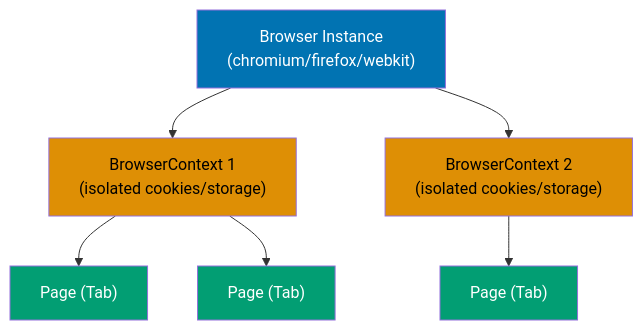
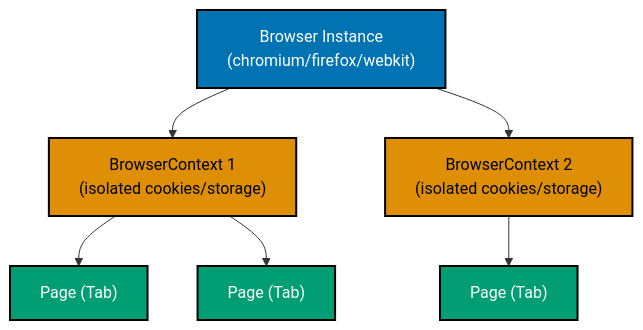
One commit to wahidyankf/open-sharia-enterprise changed the second of 15 diagrams in apps/ayokoding-web/content/en/learn/software-engineering/automation-testing/tools/playwright/by-example/beginner.md. Above: the diagram before and after it, drawn with Mermaid. The commit also changed other lines of this file and 25 other files, not shown here.

````diff
--- a/apps/ayokoding-web/content/en/learn/software-engineering/automation-testing/tools/playwright/by-example/beginner.md
+++ b/apps/ayokoding-web/content/en/learn/software-engineering/automation-testing/tools/playwright/by-example/beginner.md
@@ -75,16 +75,16 @@
 ```mermaid
 %% Color Palette: Blue #0173B2, Orange #DE8F05, Teal #029E73, Purple #CC78BC, Brown #CA9161
 graph TD
     Browser["Browser Instance<br/>(chromium/firefox/webkit)"] --> Context1["BrowserContext 1<br/>(isolated cookies/storage)"]
     Browser --> Context2["BrowserContext 2<br/>(isolated cookies/storage)"]
     Context1 --> Page1["Page (Tab)"]
     Context1 --> Page2["Page (Tab)"]
     Context2 --> Page3["Page (Tab)"]
 
-    style Browser fill:#0173B2,color:#fff
-    style Context1 fill:#DE8F05,color:#000
-    style Context2 fill:#DE8F05,color:#000
-    style Page1 fill:#029E73,color:#fff
-    style Page2 fill:#029E73,color:#fff
-    style Page3 fill:#029E73,color:#fff
+    style Browser fill:#0173B2,stroke:#000000,stroke-width:2px,color:#fff
+    style Context1 fill:#DE8F05,stroke:#000000,stroke-width:2px,color:#000
+    style Context2 fill:#DE8F05,stroke:#000000,stroke-width:2px,color:#000
+    style Page1 fill:#029E73,stroke:#000000,stroke-width:2px,color:#fff
+    style Page2 fill:#029E73,stroke:#000000,stroke-width:2px,color:#fff
+    style Page3 fill:#029E73,stroke:#000000,stroke-width:2px,color:#fff
 ```
````
